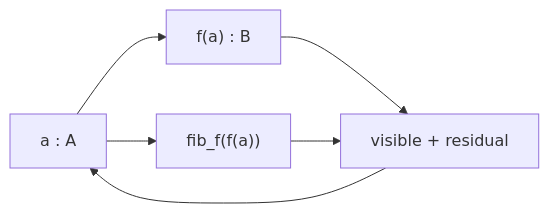
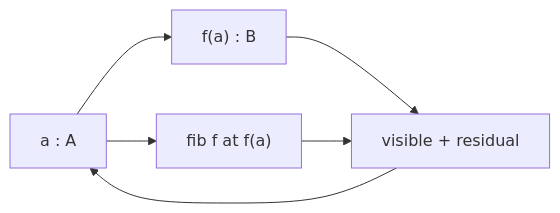
Before and after one commit to avikj/metacircular-interaction-prototype: the third of 4 diagrams in collab/bend2-cubical/BEND_HVM_COMPUTATIONAL_UNIVALENCE.md, drawn with Mermaid. The commit also changed other lines of this file, not shown here.

````diff
--- a/collab/bend2-cubical/BEND_HVM_COMPUTATIONAL_UNIVALENCE.md
+++ b/collab/bend2-cubical/BEND_HVM_COMPUTATIONAL_UNIVALENCE.md
@@ -315,8 +305,8 @@
 ```mermaid
 flowchart LR
   A["a : A"] --> B["f(a) : B"]
-  A --> F["fib_f(f(a))"]
+  A --> F["fib f at f(a)"]
   B --> T["visible + residual"]
   F --> T
   T --> A
 ```
````
